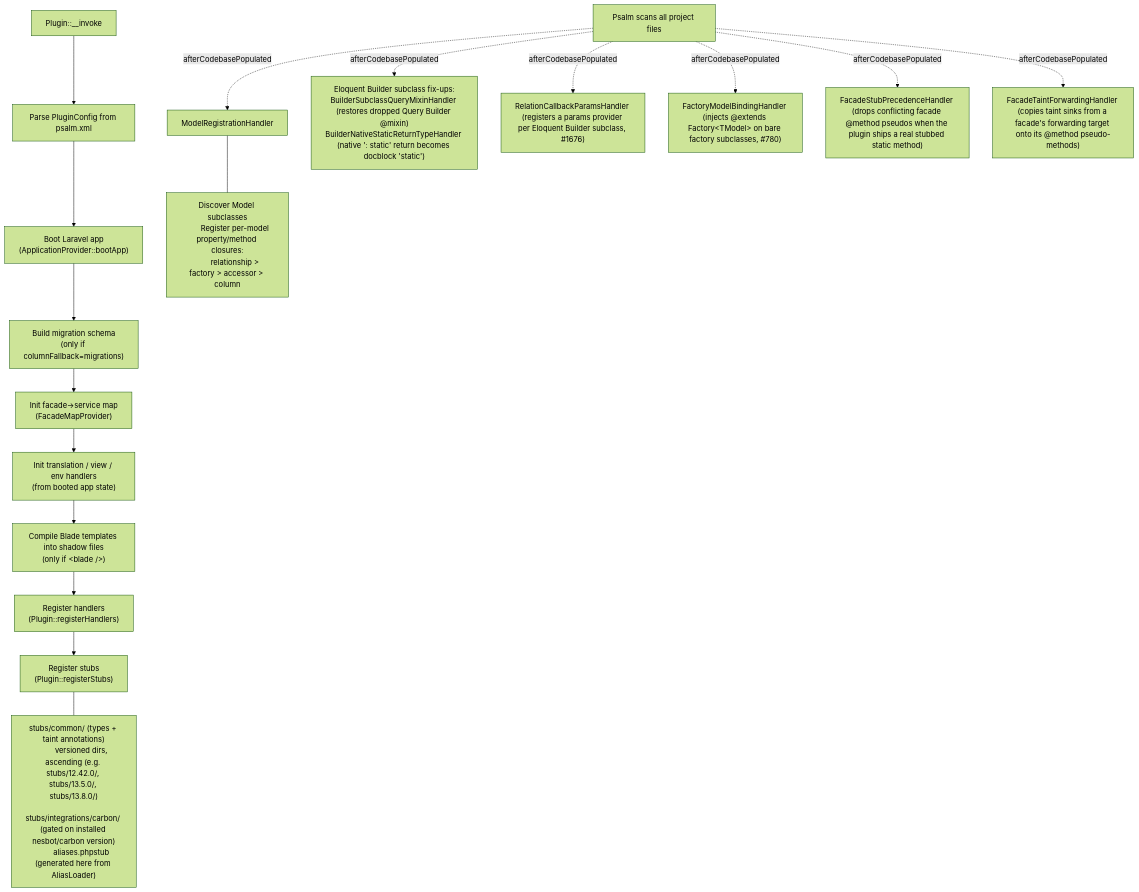
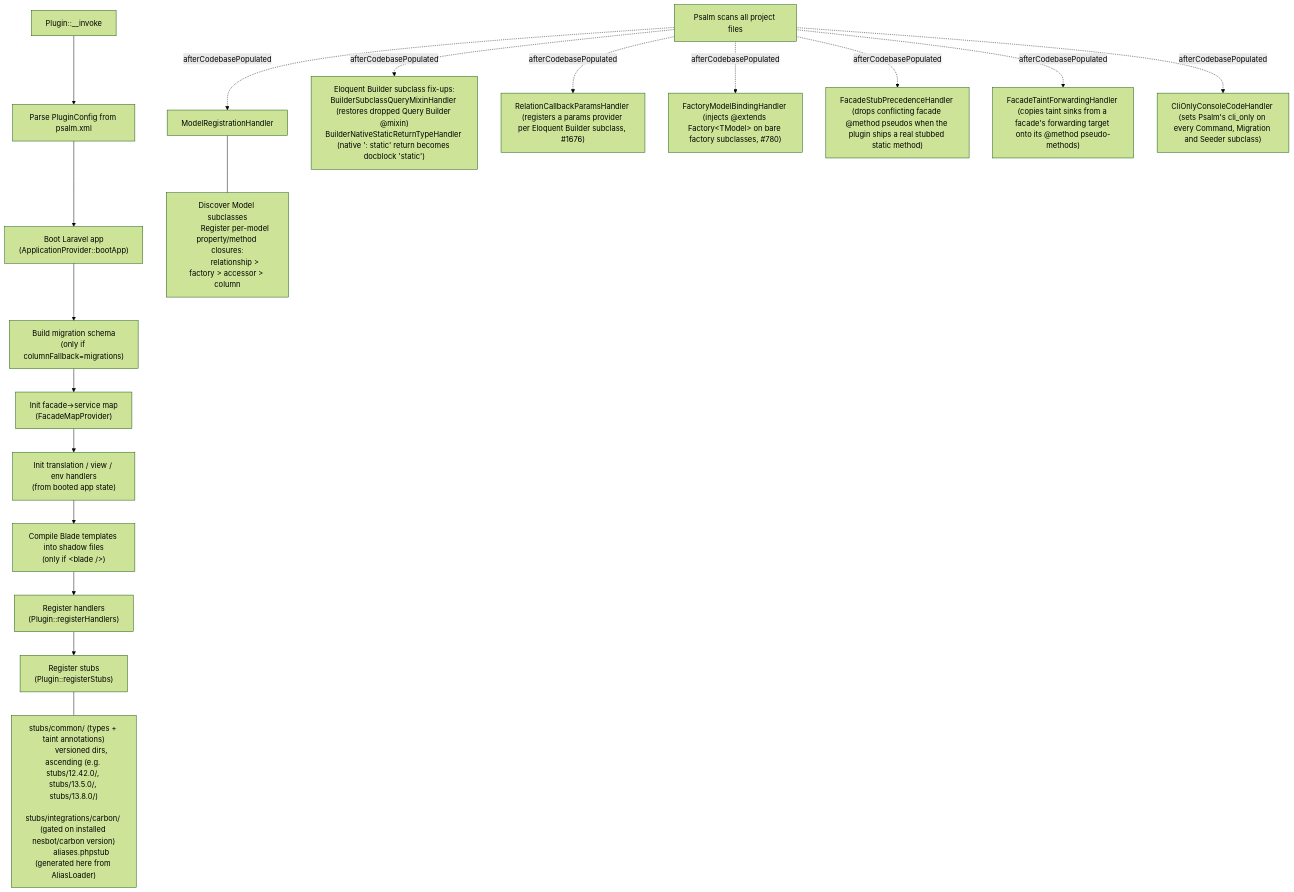
Before and after one commit to psalm/psalm-plugin-laravel: the first of 2 diagrams in docs/contributing/README.md, drawn with Mermaid (forest theme). The commit also changed 6 other files, not shown here.

First line of the commit message:
feat(taint): treat artisan commands, migrations and seeders as command-line-only code

````diff
--- a/docs/contributing/README.md
+++ b/docs/contributing/README.md
@@ -19,30 +19,31 @@
 ```mermaid
 flowchart TD
     A["Plugin::__invoke"] --> B["Parse PluginConfig from psalm.xml"]
     B --> C["Boot Laravel app\n(ApplicationProvider::bootApp)"]
     C --> D["Build migration schema\n(only if columnFallback=migrations)"]
     D --> E["Init facade→service map\n(FacadeMapProvider)"]
     E --> F["Init translation / view / env handlers\n(from booted app state)"]
     F --> BL["Compile Blade templates into shadow files\n(only if &lt;blade /&gt;)"]
     BL --> G["Register handlers\n(Plugin::registerHandlers)"]
     G --> H["Register stubs\n(Plugin::registerStubs)"]
 
     H --- stubs["
         stubs/common/ (types + taint annotations)
         versioned dirs, ascending (e.g. stubs/12.42.0/, stubs/13.5.0/, stubs/13.8.0/)
         stubs/integrations/carbon/ (gated on installed nesbot/carbon version)
         aliases.phpstub (generated here from AliasLoader)
     "]
 
     I["Psalm scans all project files"] -.->|afterCodebasePopulated| J["ModelRegistrationHandler"]
     I -.->|afterCodebasePopulated| K["Eloquent Builder subclass fix-ups:\nBuilderSubclassQueryMixinHandler (restores dropped Query Builder @mixin)\nBuilderNativeStaticReturnTypeHandler (native ': static' return becomes docblock 'static')"]
     I -.->|afterCodebasePopulated| RCP["RelationCallbackParamsHandler (registers a params provider per Eloquent Builder subclass, #1676)"]
     I -.->|afterCodebasePopulated| FMB["FactoryModelBindingHandler (injects @extends Factory&lt;TModel&gt; on bare factory subclasses, #780)"]
     I -.->|afterCodebasePopulated| FSP["FacadeStubPrecedenceHandler (drops conflicting facade @method pseudos when the plugin ships a real stubbed static method)"]
     I -.->|afterCodebasePopulated| FTF["FacadeTaintForwardingHandler (copies taint sinks from a facade's forwarding target onto its @method pseudo-methods)"]
+    I -.->|afterCodebasePopulated| CLI["CliOnlyConsoleCodeHandler (sets Psalm's cli_only on every Command, Migration and Seeder subclass)"]
     J --- models["
         Discover Model subclasses
         Register per-model property/method closures:
         relationship > factory > accessor > column
     "]
 ```
````
